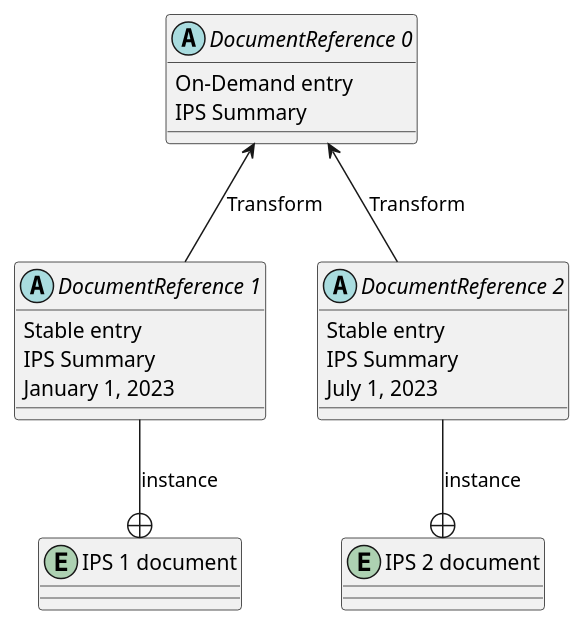
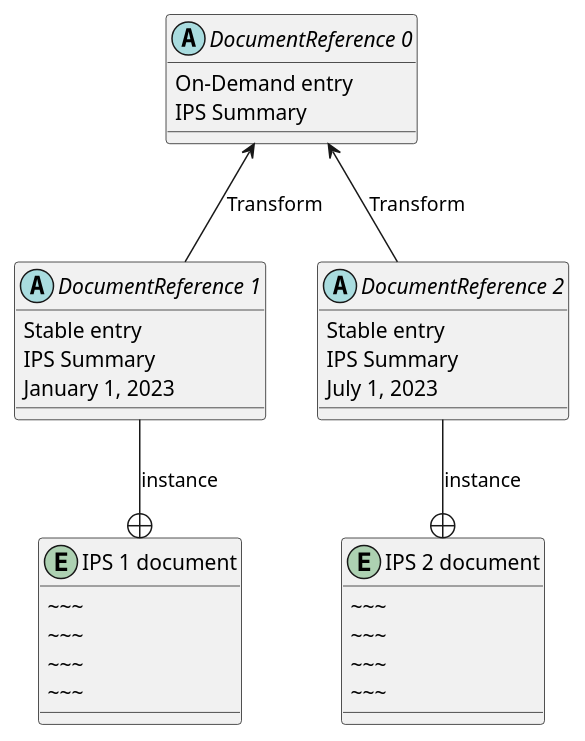
One commit to IHE/ITI.sIPS changed the diagram in input/images-source/on-demand.plantuml. Above: the diagram before and after it, drawn with PlantUML.

Commit message:
add visual content to the documents

```diff
--- a/input/images-source/on-demand.plantuml
+++ b/input/images-source/on-demand.plantuml
@@ -1,22 +1,32 @@
 @startuml
 abstract  "DocumentReference 0" as od {
 On-Demand entry
 IPS Summary
 }
 abstract "DocumentReference 1" as sn1 {
 Stable entry
 IPS Summary
 January 1, 2023
 }
 abstract "DocumentReference 2" as sn2 {
 Stable entry
 IPS Summary
 July 1, 2023
 }
-entity "IPS 1 document" as i1
-entity "IPS 2 document" as i2
+entity "IPS 1 document" as i1 {
+    ~~~
+    ~~~
+    ~~~
+    ~~~
+}
+entity "IPS 2 document" as i2 {
+    ~~~
+    ~~~
+    ~~~
+    ~~~
+}
 od <-down- sn1 : Transform
 od <-down- sn2 : Transform
 sn1 -down-+ i1 : instance
 sn2 -down-+ i2 : instance
 @enduml
```
